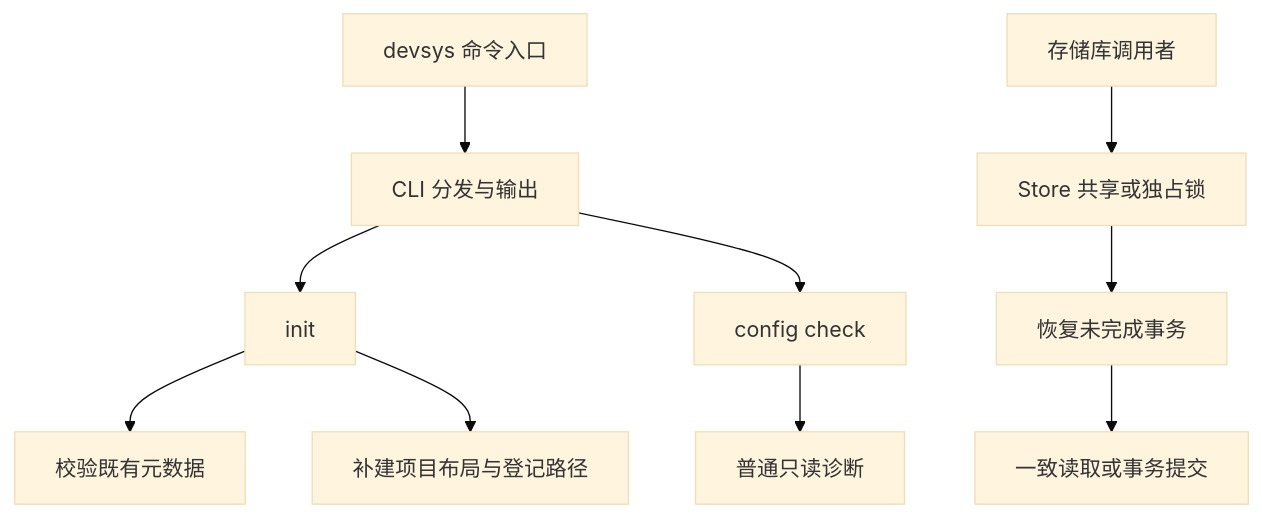
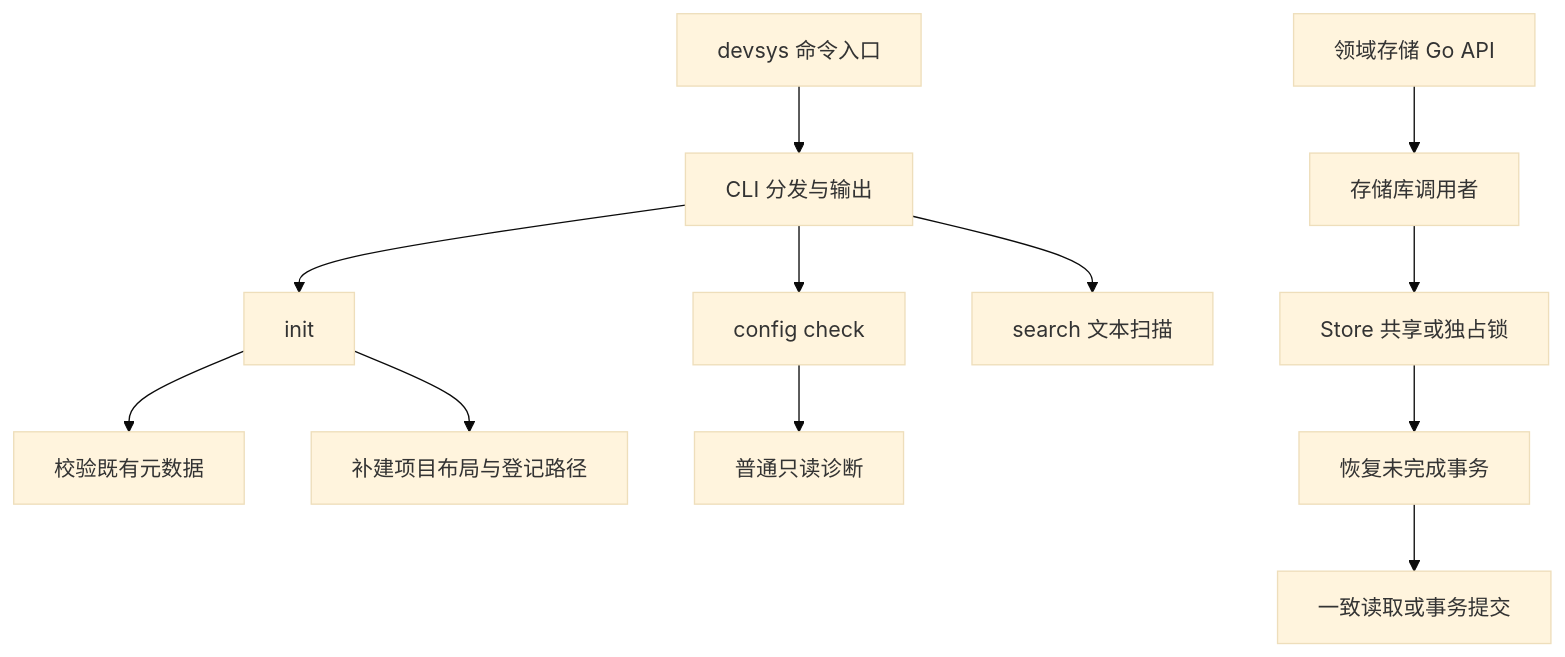
Before and after one commit to JAYY513/Workloom: the diagram in docs/repowiki/content/项目总览.md, drawn with Mermaid (base theme). The commit also changed other lines of this file and 22 other files, not shown here.

````diff
--- a/docs/repowiki/content/项目总览.md
+++ b/docs/repowiki/content/项目总览.md
@@ -60,12 +74,14 @@
 ```mermaid
 flowchart TD
     A[devsys 命令入口] --> B[CLI 分发与输出]
     B --> C[init]
     B --> D[config check]
+    B --> S[search 文本扫描]
     C --> E[校验既有元数据]
     C --> F[补建项目布局与登记路径]
     D --> G[普通只读诊断]
     H[存储库调用者] --> I[Store 共享或独占锁]
+    L[领域存储 Go API] --> H
     I --> J[恢复未完成事务]
     J --> K[一致读取或事务提交]
 ```
````
